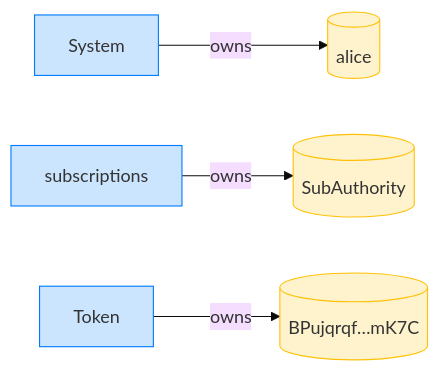
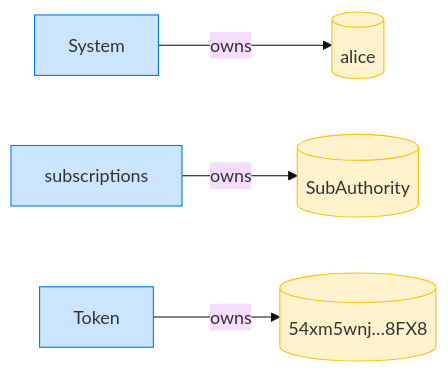
The fourth of 4 diagrams in dsl_tests/reject-a-recurring-delegation-with-a-past-start.md (cds-rs/subscriptions), drawn with Mermaid (base theme) before and after one commit. The commit also changed other lines of this file and 224 other files, not shown here.

````diff
--- a/dsl_tests/reject-a-recurring-delegation-with-a-past-start.md
+++ b/dsl_tests/reject-a-recurring-delegation-with-a-past-start.md
@@ -73,14 +78,14 @@
 ```mermaid
 flowchart LR
     classDef owner fill:#cce5ff,stroke:#007bff;
     classDef account fill:#fff3cd,stroke:#ffc107;
     System[System]:::owner
     alice[(alice)]:::account
     subscriptions[subscriptions]:::owner
     SubAuthority[(SubAuthority)]:::account
     Token[Token]:::owner
-    BPujqrqf_mK7C[("BPujqrqf…mK7C")]:::account
+    54xm5wnj_8FX8[("54xm5wnj…8FX8")]:::account
     System -->|owns| alice
     subscriptions -->|owns| SubAuthority
-    Token -->|owns| BPujqrqf_mK7C
+    Token -->|owns| 54xm5wnj_8FX8
 ```
````
